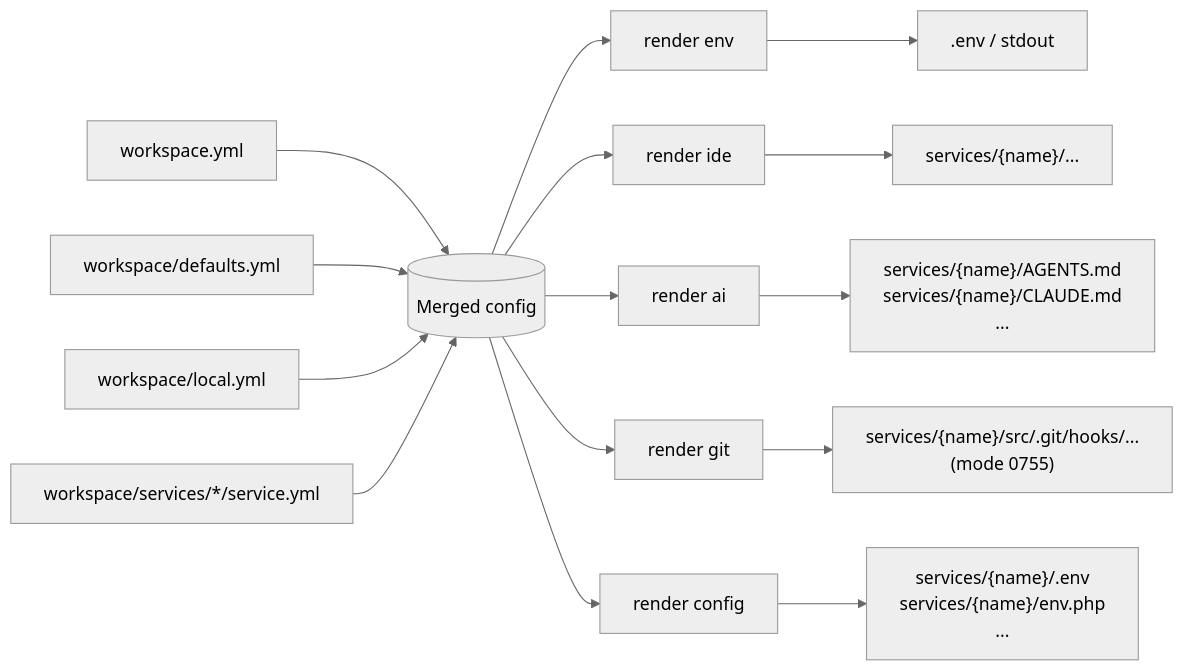
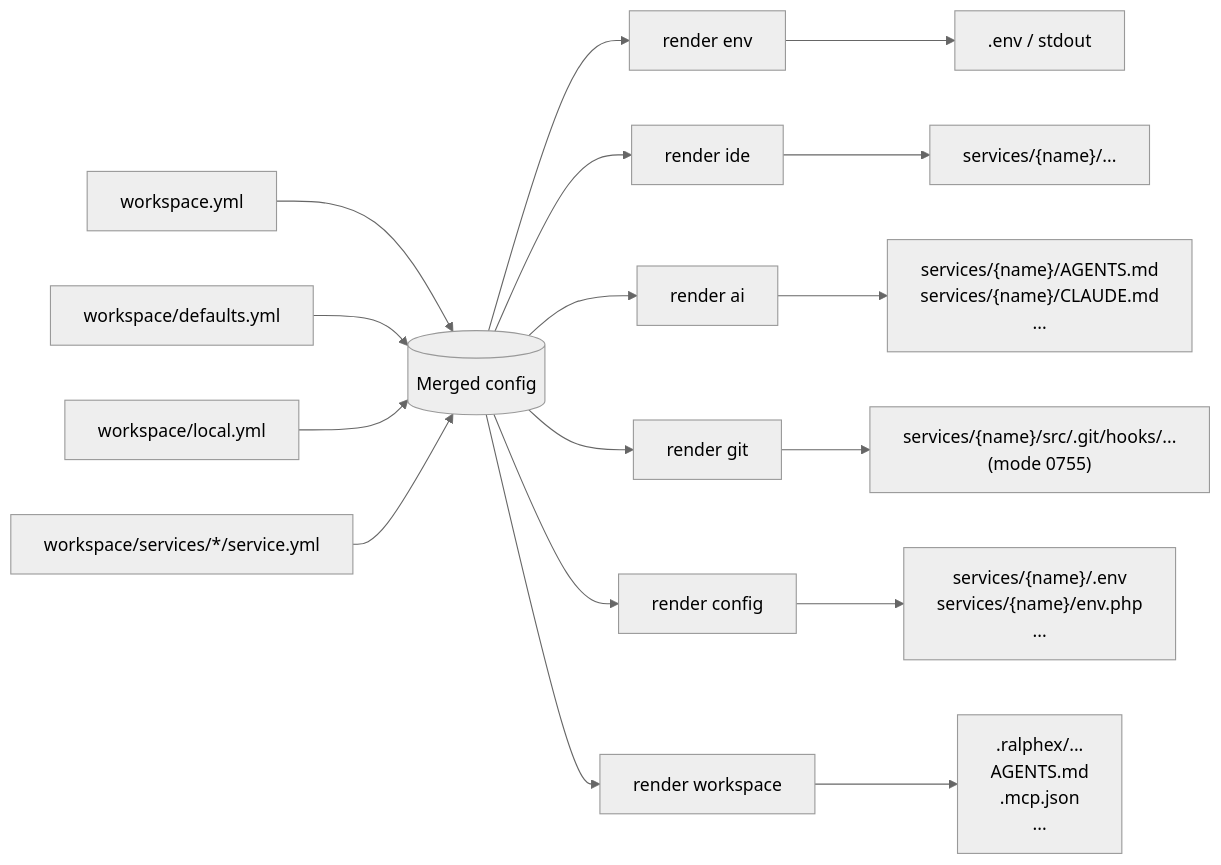
The diagram in docs/reference/render/index.md (semsemyonoff/dwe), drawn with Mermaid (neutral theme) before and after one commit. The commit also changed other lines of this file and 24 other files, not shown here.

Commit message:
feat: document workspace render packs

````diff
--- a/docs/reference/render/index.md
+++ b/docs/reference/render/index.md
@@ -27,20 +30,22 @@
 ```mermaid
 flowchart LR
   L1[workspace.yml] --> M
   L2[workspace/defaults.yml] --> M
   L3[workspace/local.yml] --> M
   S["workspace/services/*/service.yml"] --> M
   M[("Merged config")]
 
   M --> E[render env]
   M --> I[render ide]
   M --> A[render ai]
   M --> G[render git]
   M --> C[render config]
+  M --> W[render workspace]
 
   E --> EOUT[".env / stdout"]
   I --> IOUT["services/{name}/..."]
   A --> AOUT["services/{name}/AGENTS.md<br/>services/{name}/CLAUDE.md<br/>..."]
   G --> GOUT["services/{name}/src/.git/hooks/...<br/>(mode 0755)"]
   C --> COUT["services/{name}/.env<br/>services/{name}/env.php<br/>..."]
+  W --> WOUT[".ralphex/...<br/>AGENTS.md<br/>.mcp.json<br/>..."]
 ```
````
